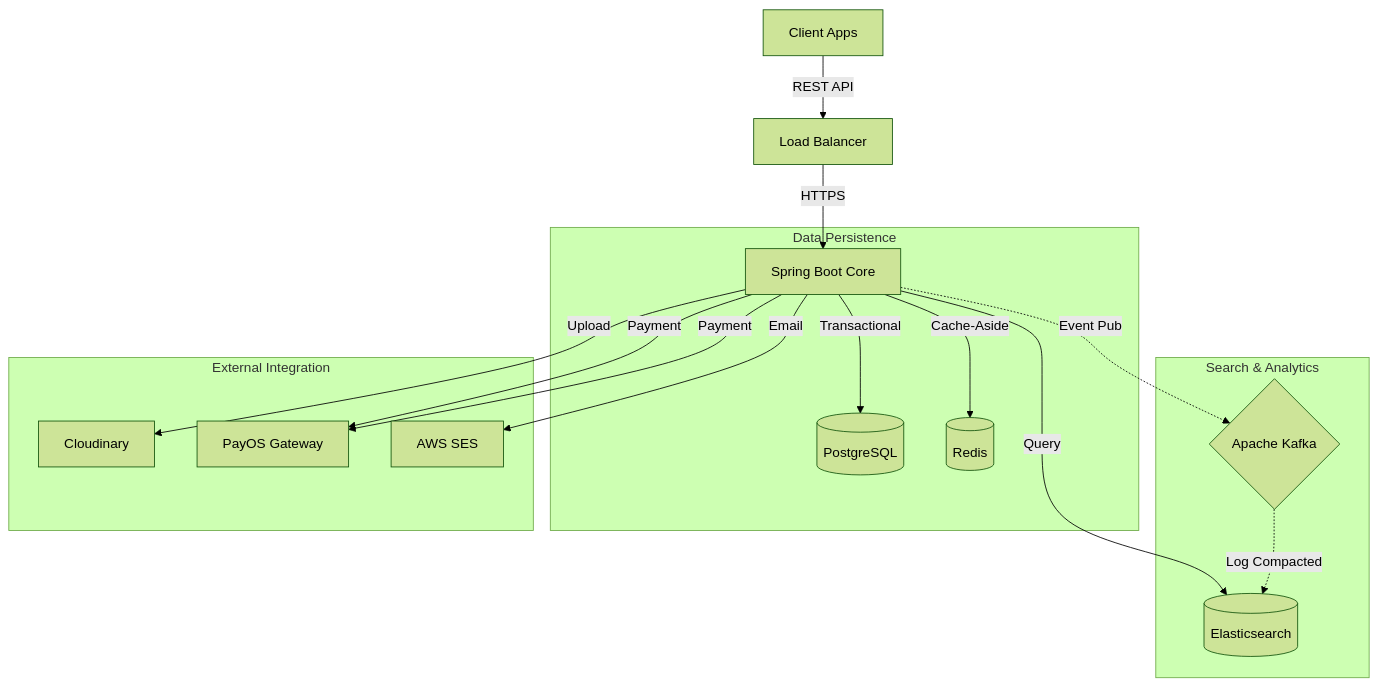
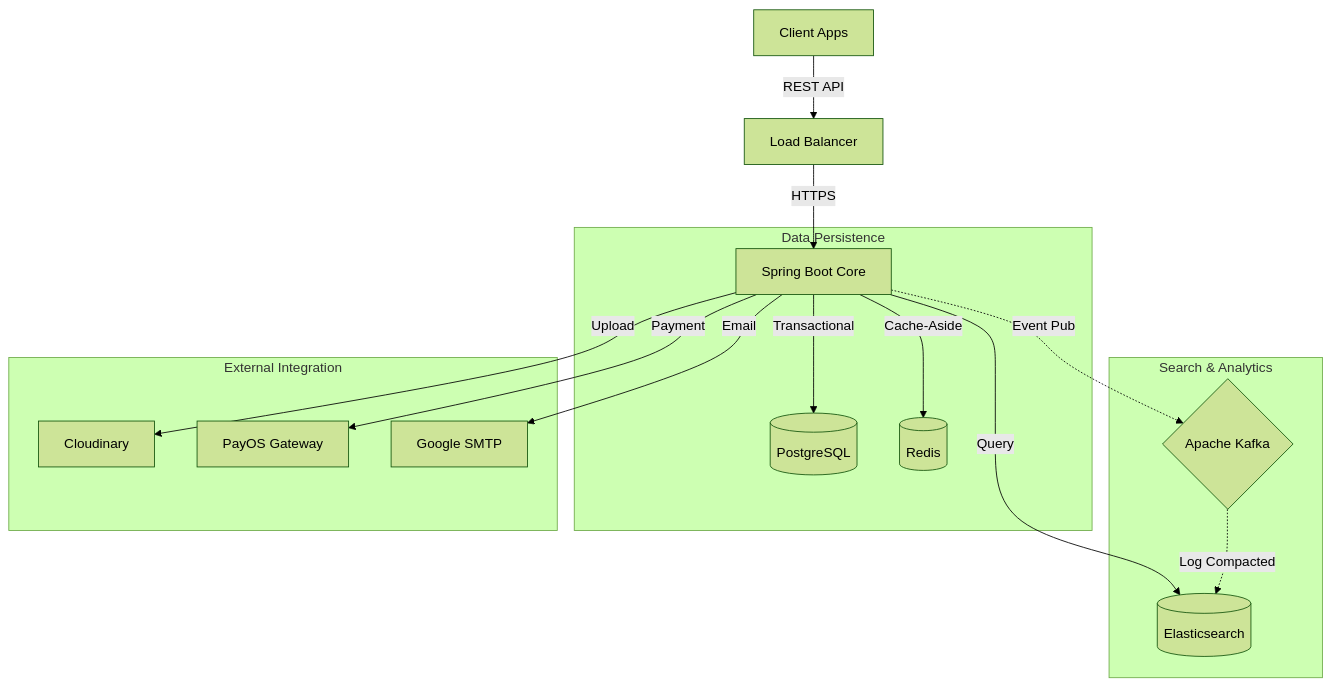
One commit to NguyenMinh1301/Per changed the diagram in README.md. Above: the diagram before and after it, drawn with Mermaid (forest theme). The commit also changed other lines of this file and 2 other files, not shown here.

First line of the commit message:
docs(mail): update documentation for SMTP migration

````diff
--- a/README.md
+++ b/README.md
@@ -32,23 +32,22 @@
 ```mermaid
 graph TD
     Client[Client Apps] -->|REST API| LB[Load Balancer]
     LB -->|HTTPS| Core[Spring Boot Core]
     
     subgraph "Data Persistence"
         Core -->|Transactional| DB[(PostgreSQL)]
         Core -->|Cache-Aside| Redis[(Redis)]
     end
     
     subgraph "Search & Analytics"
         Core -->|Query| ES[(Elasticsearch)]
         Core -.->|Event Pub| Kafka{Apache Kafka}
         Kafka -.->|Log Compacted| ES
     end
     
     subgraph "External Integration"
         Core -->|Upload| Cloudinary[Cloudinary]
         Core -->|Payment| PayOS[PayOS Gateway]
-        Core -->|Payment| PayOS[PayOS Gateway]
-        Core -->|Email| SES[AWS SES]
+        Core -->|Email| SMTP[Google SMTP]
     end
 ```
````
